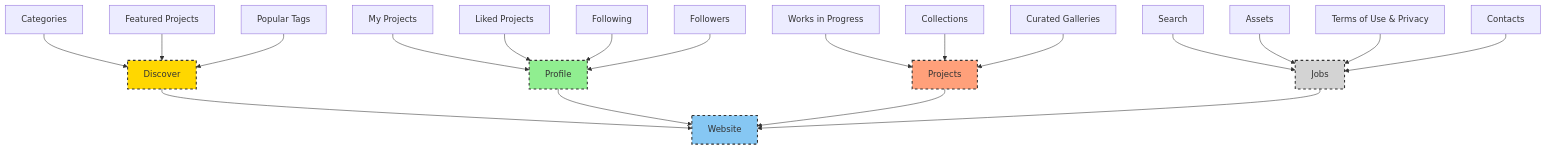
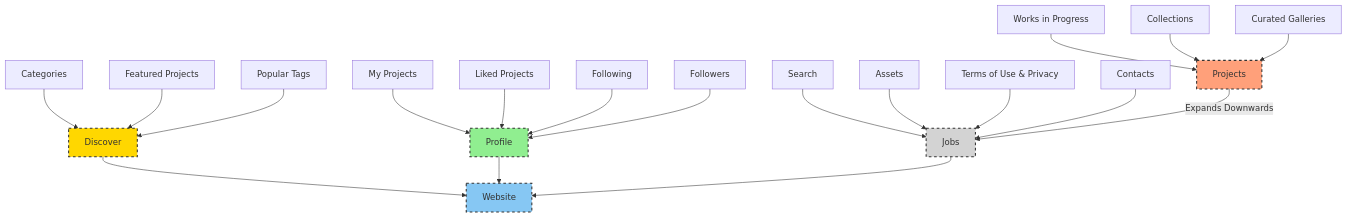
One commit to Yarema91/Blockscheme- changed the diagram in README.md. Above: the diagram before and after it, drawn with Mermaid.

````diff
--- a/README.md
+++ b/README.md
@@ -3,40 +3,39 @@
 ```mermaid
 graph TD;
 
 style A fill:#86C7F3, stroke:#333, stroke-width:2px, stroke-dasharray: 5, 5;
 style B fill:#FFD700, stroke:#333, stroke-width:2px, stroke-dasharray: 5, 5;
 style F fill:#90EE90, stroke:#333, stroke-width:2px, stroke-dasharray: 5, 5;
 style K fill:#FFA07A, stroke:#333, stroke-width:2px, stroke-dasharray: 5, 5;
 style O fill:#D3D3D3, stroke:#333, stroke-width:2px, stroke-dasharray: 5, 5;
 
 A[Website]
 B[Discover]
 C[Categories]
 D[Featured Projects]
 E[Popular Tags]
 F[Profile]
 G[My Projects]
 H[Liked Projects]
 I[Following]
 J[Followers]
 K[Projects]
 L[Works in Progress]
 M[Collections]
 N[Curated Galleries]
 O[Jobs]
 P[Search]
 Q[Assets]
 R[Terms of Use & Privacy]
 S[Contacts]
 
 B & F --> A;
 C & D & E --> B;
 G & H --> F;
 I & J --> F;
 L & M & N --> K;
 P & Q --> O;
 R & S --> O;
 
-K & O --> A;
-
+K -->|Expands Downwards| O --> A;
 ```
````
